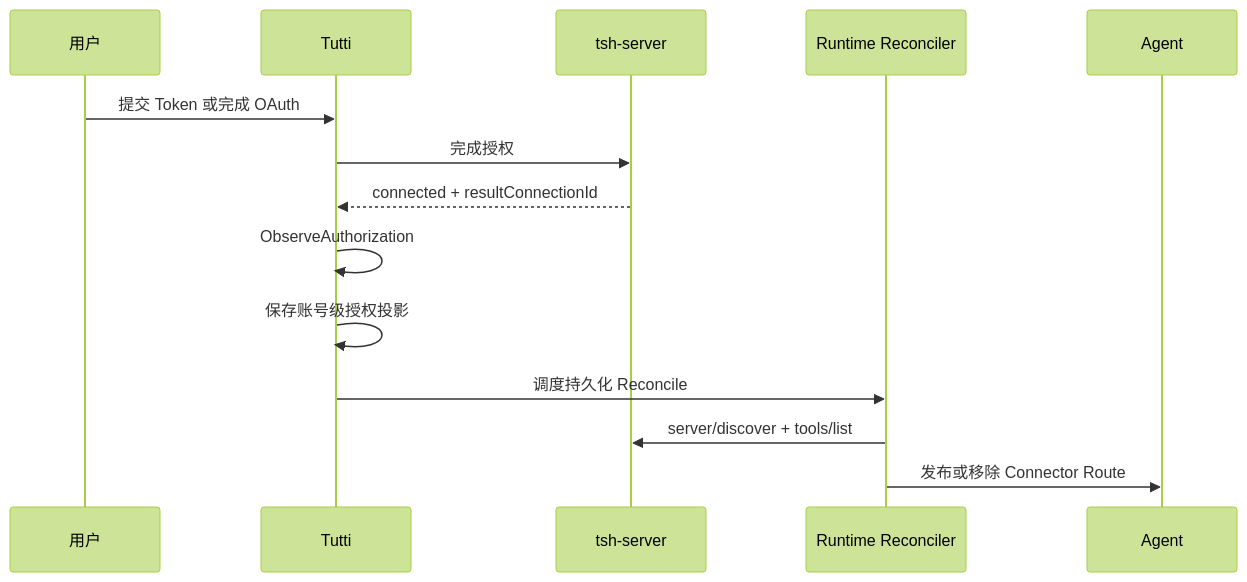
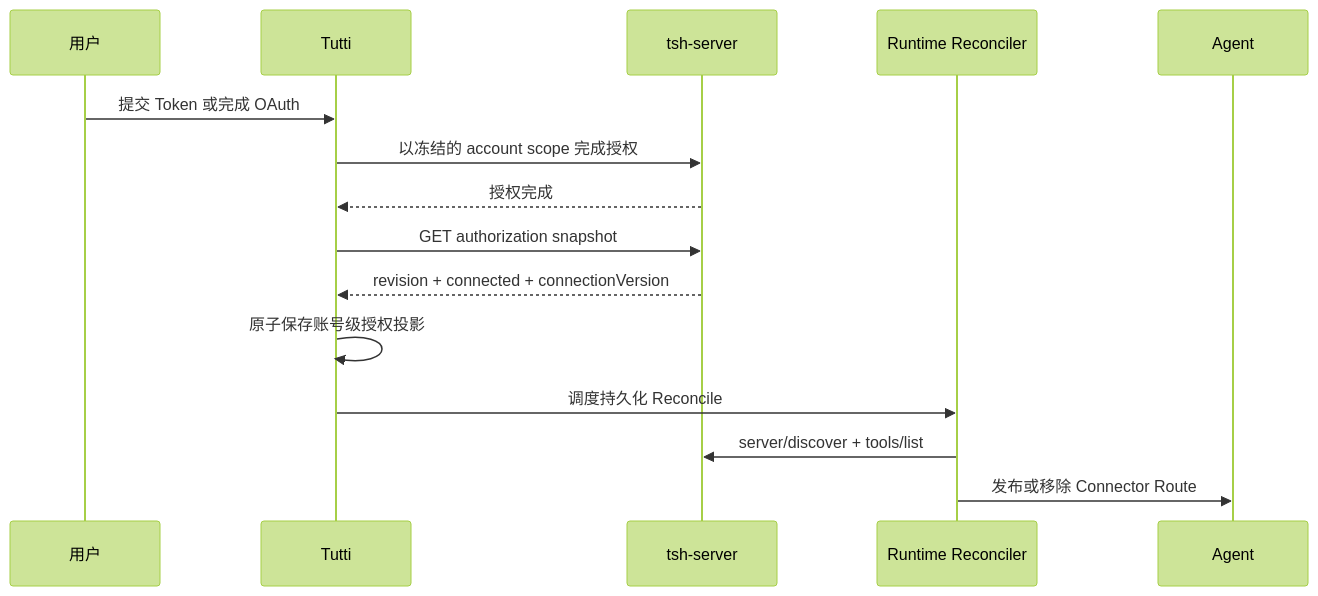
One commit to 7155/tutti changed the second of 3 diagrams in docs/architecture/connector-remote-mcp.md. Above: the diagram before and after it, drawn with Mermaid (forest theme). The commit also changed other lines of this file and 32 other files, not shown here.

Commit message:
feat(connector): sync account authorization routes

````diff
--- a/docs/architecture/connector-remote-mcp.md
+++ b/docs/architecture/connector-remote-mcp.md
@@ -170,17 +170,18 @@
 ```mermaid
 sequenceDiagram
     participant U as 用户
     participant T as Tutti
     participant G as tsh-server
     participant R as Runtime Reconciler
     participant A as Agent
 
     U->>T: 提交 Token 或完成 OAuth
-    T->>G: 完成授权
-    G-->>T: connected + resultConnectionId
-    T->>T: ObserveAuthorization
-    T->>T: 保存账号级授权投影
+    T->>G: 以冻结的 account scope 完成授权
+    G-->>T: 授权完成
+    T->>G: GET authorization snapshot
+    G-->>T: revision + connected + connectionVersion
+    T->>T: 原子保存账号级授权投影
     T->>R: 调度持久化 Reconcile
     R->>G: server/discover + tools/list
     R->>A: 发布或移除 Connector Route
 ```
````
